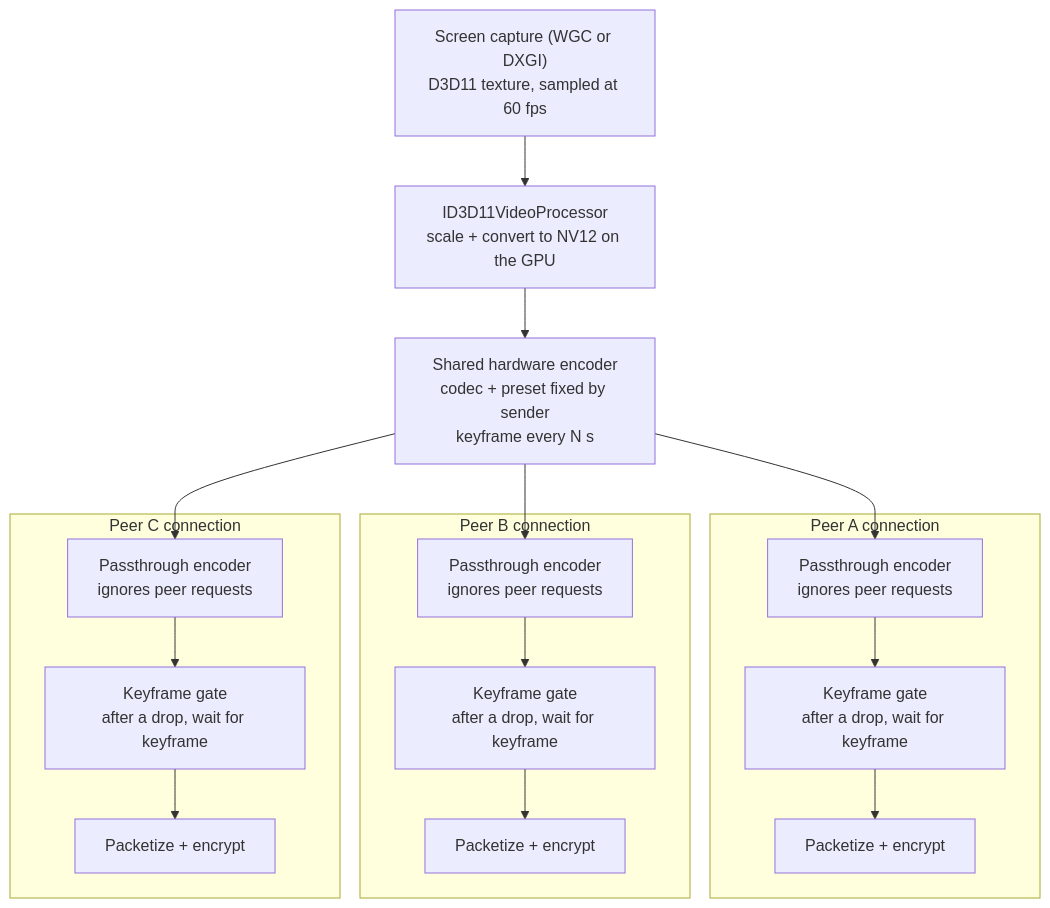
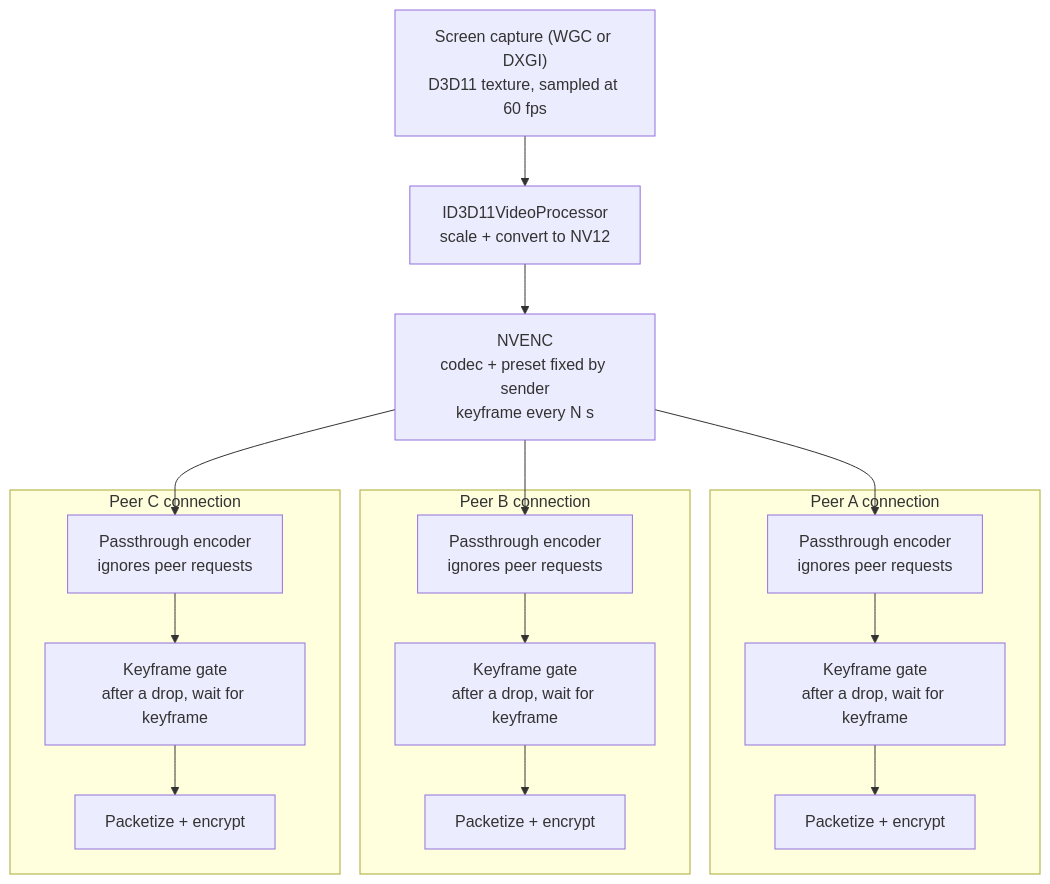
One commit to xfalcox/discourse-native changed the diagram in docs/plans/voice-hardware-encoding.md. Above: the diagram before and after it, drawn with Mermaid. The commit also changed other lines of this file, not shown here.

First line of the commit message:
DOCS: Narrow the Voice encoding plan to NVENC screen sharing

````diff
--- a/docs/plans/voice-hardware-encoding.md
+++ b/docs/plans/voice-hardware-encoding.md
@@ -165,17 +120,17 @@
 ```mermaid
 flowchart TD
-  capture["Screen capture (WGC or DXGI)<br/>D3D11 texture, sampled at 60 fps"] --> scale["ID3D11VideoProcessor<br/>scale + convert to NV12 on the GPU"]
-  scale --> encoder["Shared hardware encoder<br/>codec + preset fixed by sender<br/>keyframe every N s"]
+  capture["Screen capture (WGC or DXGI)<br/>D3D11 texture, sampled at 60 fps"] --> scale["ID3D11VideoProcessor<br/>scale + convert to NV12"]
+  scale --> encoder["NVENC<br/>codec + preset fixed by sender<br/>keyframe every N s"]
   encoder --> passA
   encoder --> passB
   encoder --> passC
   subgraph peerA[Peer A connection]
     passA["Passthrough encoder<br/>ignores peer requests"] --> gateA["Keyframe gate<br/>after a drop, wait for keyframe"] --> rtpA[Packetize + encrypt]
   end
   subgraph peerB[Peer B connection]
     passB["Passthrough encoder<br/>ignores peer requests"] --> gateB["Keyframe gate<br/>after a drop, wait for keyframe"] --> rtpB[Packetize + encrypt]
   end
   subgraph peerC[Peer C connection]
     passC["Passthrough encoder<br/>ignores peer requests"] --> gateC["Keyframe gate<br/>after a drop, wait for keyframe"] --> rtpC[Packetize + encrypt]
   end
 ```
````
